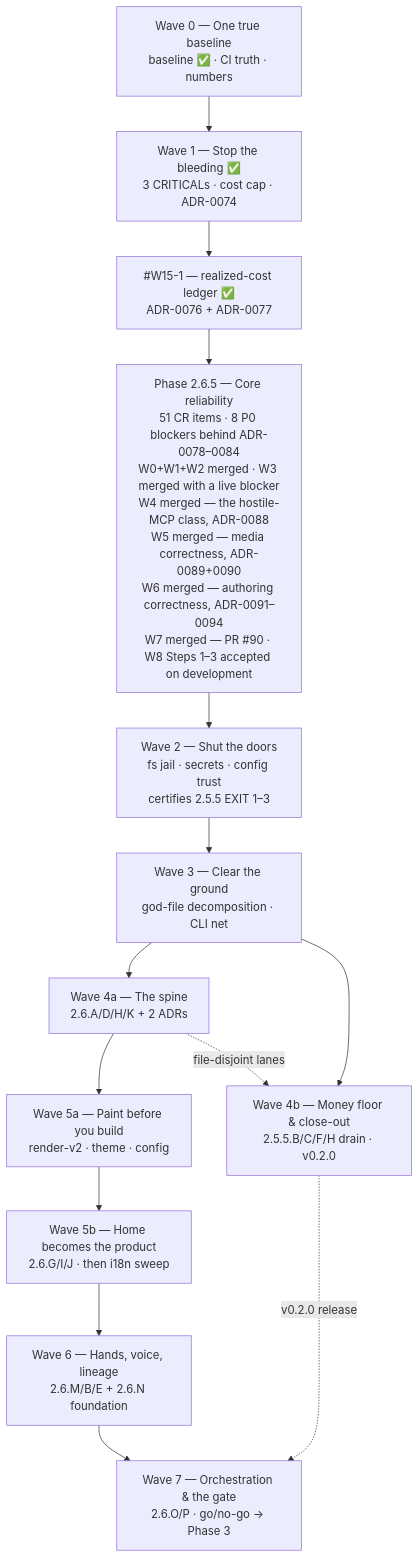
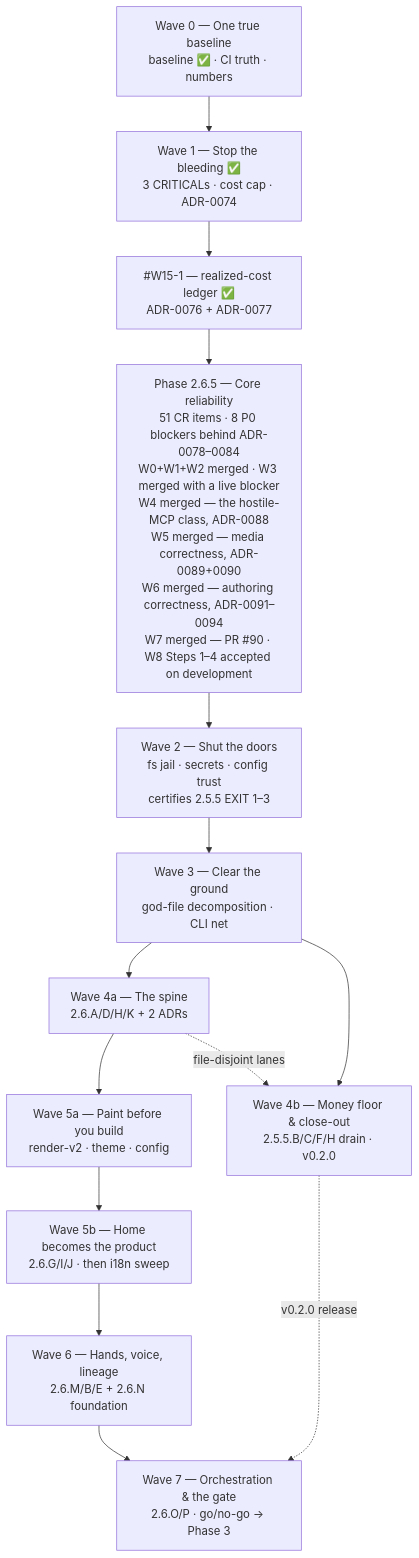
The diagram in docs/roadmap/current.md (HodeTech/Relavium), drawn with Mermaid before and after one commit. The commit also changed other lines of this file and 3 other files, not shown here.

First line of the commit message:
docs(roadmap): accept w8 evidence and database foundations

````diff
--- a/docs/roadmap/current.md
+++ b/docs/roadmap/current.md
@@ -470,19 +474,19 @@
 ```mermaid
 flowchart TD
     W0["Wave 0 — One true baseline<br/>baseline ✅ · CI truth · numbers"]
     W1["Wave 1 — Stop the bleeding ✅<br/>3 CRITICALs · cost cap · ADR-0074"]
     LEDGER["#W15-1 — realized-cost ledger ✅<br/>ADR-0076 + ADR-0077"]
-    P265["Phase 2.6.5 — Core reliability<br/>51 CR items · 8 P0 blockers behind ADR-0078–0084<br/>W0+W1+W2 merged · W3 merged with a live blocker<br/>W4 merged — the hostile-MCP class, ADR-0088<br/>W5 merged — media correctness, ADR-0089+0090<br/>W6 merged — authoring correctness, ADR-0091–0094<br/>W7 merged — PR #90 · W8 Steps 1–3 accepted on development"]
+    P265["Phase 2.6.5 — Core reliability<br/>51 CR items · 8 P0 blockers behind ADR-0078–0084<br/>W0+W1+W2 merged · W3 merged with a live blocker<br/>W4 merged — the hostile-MCP class, ADR-0088<br/>W5 merged — media correctness, ADR-0089+0090<br/>W6 merged — authoring correctness, ADR-0091–0094<br/>W7 merged — PR #90 · W8 Steps 1–4 accepted on development"]
     W2["Wave 2 — Shut the doors<br/>fs jail · secrets · config trust<br/>certifies 2.5.5 EXIT 1–3"]
     W3["Wave 3 — Clear the ground<br/>god-file decomposition · CLI net"]
     W4a["Wave 4a — The spine<br/>2.6.A/D/H/K + 2 ADRs"]
     W4b["Wave 4b — Money floor & close-out<br/>2.5.5.B/C/F/H drain · v0.2.0"]
     W5a["Wave 5a — Paint before you build<br/>render-v2 · theme · config"]
     W5b["Wave 5b — Home becomes the product<br/>2.6.G/I/J · then i18n sweep"]
     W6["Wave 6 — Hands, voice, lineage<br/>2.6.M/B/E + 2.6.N foundation"]
     W7["Wave 7 — Orchestration & the gate<br/>2.6.O/P · go/no-go → Phase 3"]
     W0 --> W1 --> LEDGER --> P265 --> W2 --> W3 --> W4a --> W5a --> W5b --> W6 --> W7
     W3 --> W4b
     W4b -.->|v0.2.0 release| W7
     W4a -.->|file-disjoint lanes| W4b
 ```
````
